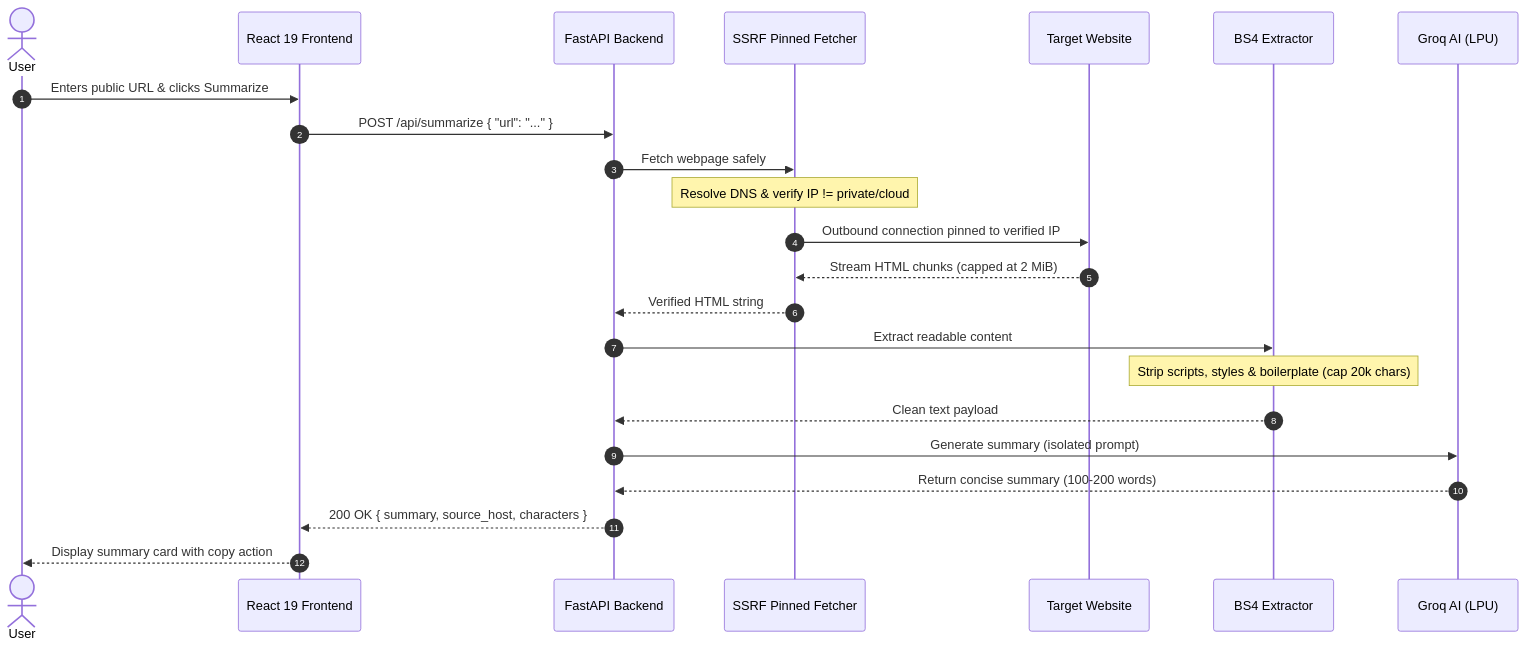
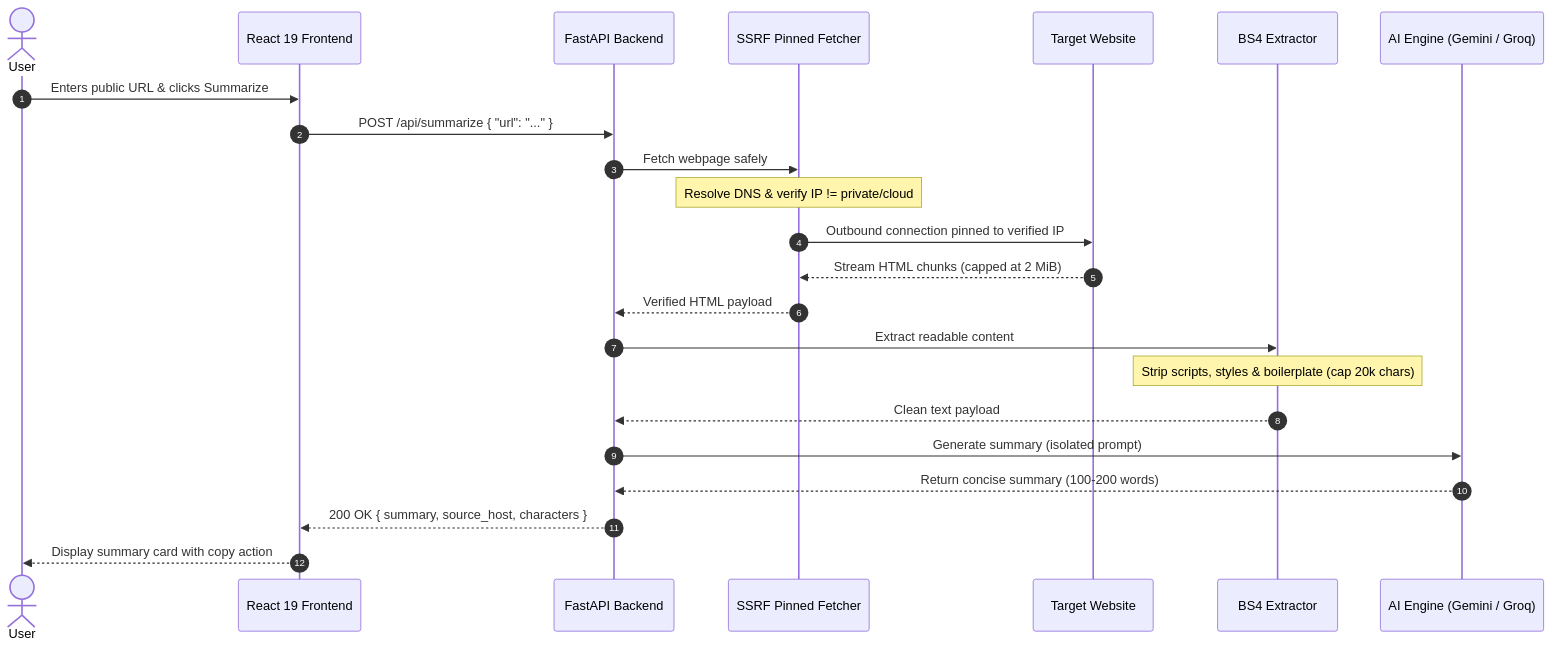
The second of 2 diagrams in README.md (shlok926/WebSage-AI), drawn with Mermaid before and after one commit. The commit also changed other lines of this file, not shown here.

````diff
--- a/README.md
+++ b/README.md
@@ -138,26 +152,26 @@
 ```mermaid
 sequenceDiagram
     autonumber
     actor User as User
     participant Frontend as React 19 Frontend
     participant API as FastAPI Backend
     participant Fetcher as SSRF Pinned Fetcher
     participant Target as Target Website
     participant Parser as BS4 Extractor
-    participant Groq as Groq AI (LPU)
+    participant AI as AI Engine (Gemini / Groq)
 
     User->>Frontend: Enters public URL & clicks Summarize
     Frontend->>API: POST /api/summarize { "url": "..." }
     API->>Fetcher: Fetch webpage safely
     Note over Fetcher: Resolve DNS & verify IP != private/cloud
     Fetcher->>Target: Outbound connection pinned to verified IP
     Target-->>Fetcher: Stream HTML chunks (capped at 2 MiB)
-    Fetcher-->>API: Verified HTML string
+    Fetcher-->>API: Verified HTML payload
     API->>Parser: Extract readable content
     Note over Parser: Strip scripts, styles & boilerplate (cap 20k chars)
     Parser-->>API: Clean text payload
-    API->>Groq: Generate summary (isolated prompt)
-    Groq-->>API: Return concise summary (100-200 words)
+    API->>AI: Generate summary (isolated prompt)
+    AI-->>API: Return concise summary (100-200 words)
     API-->>Frontend: 200 OK { summary, source_host, characters }
     Frontend-->>User: Display summary card with copy action
 ```
````
